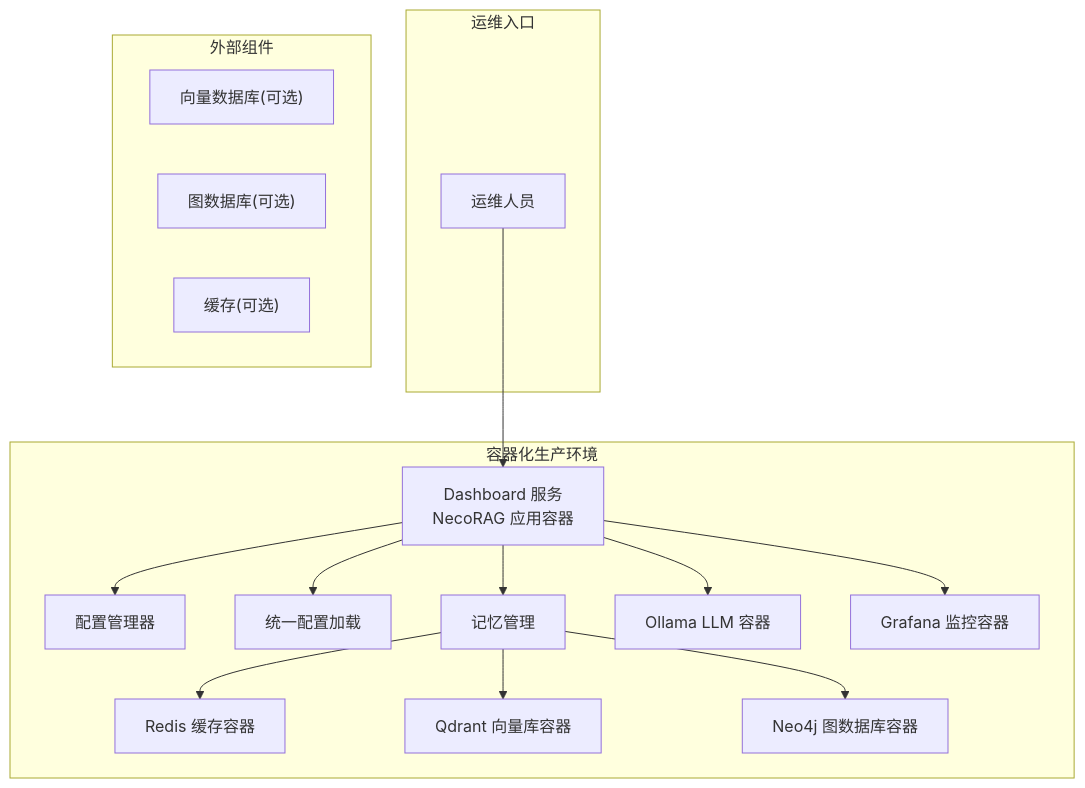
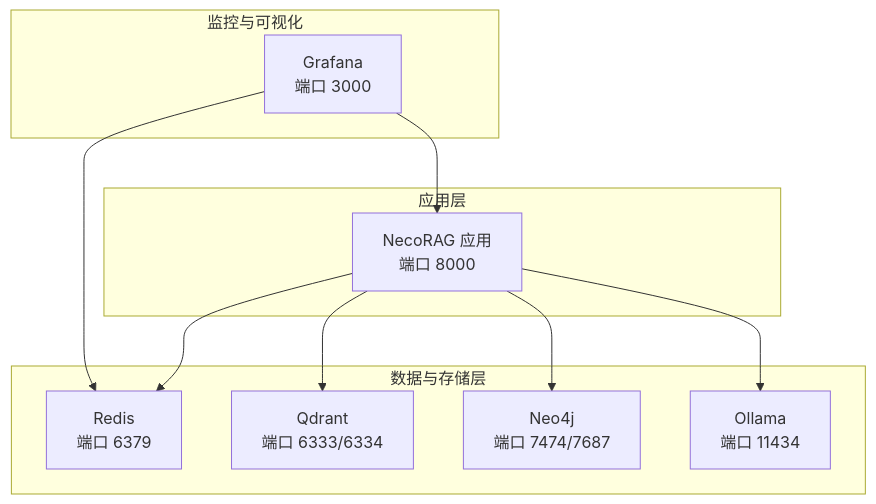
One commit to JieGaoPrinceton/NecoRAG changed the second of 2 diagrams in .qoder/repowiki/zh/content/部署与运维/部署与运维.md. Above: the diagram before and after it, drawn with Mermaid. The commit also changed other lines of this file and 222 other files, not shown here.

````diff
--- a/.qoder/repowiki/zh/content/部署与运维/部署与运维.md
+++ b/.qoder/repowiki/zh/content/部署与运维/部署与运维.md
@@ -138,31 +129,21 @@
 ```mermaid
 graph TB
-subgraph "运维入口"
-U["运维人员"]
+subgraph "应用层"
+APP["NecoRAG 应用<br/>端口 8000"]
 end
-subgraph "容器化生产环境"
-D["Dashboard 服务<br/>NecoRAG 应用容器"]
-CM["配置管理器"]
-CFG["统一配置加载"]
-MEM["记忆管理"]
-R["Redis 缓存容器"]
-Q["Qdrant 向量库容器"]
-N["Neo4j 图数据库容器"]
-O["Ollama LLM 容器"]
-G["Grafana 监控容器"]
+subgraph "数据与存储层"
+REDIS["Redis<br/>端口 6379"]
+QDRANT["Qdrant<br/>端口 6333/6334"]
+NEO4J["Neo4j<br/>端口 7474/7687"]
+OLLAMA["Ollama<br/>端口 11434"]
 end
-subgraph "外部组件"
-VDB["向量数据库(可选)"]
-GDB["图数据库(可选)"]
-REDIS["缓存(可选)"]
+subgraph "监控与可视化"
+GRAFANA["Grafana<br/>端口 3000"]
 end
-U --> D
-D --> CM
-D --> CFG
-D --> MEM
-MEM --> R
-MEM --> Q
-MEM --> N
-D --> O
-D --> G
+APP --> REDIS
+APP --> QDRANT
+APP --> NEO4J
+APP --> OLLAMA
+GRAFANA --> REDIS
+GRAFANA --> APP
 ```
````
